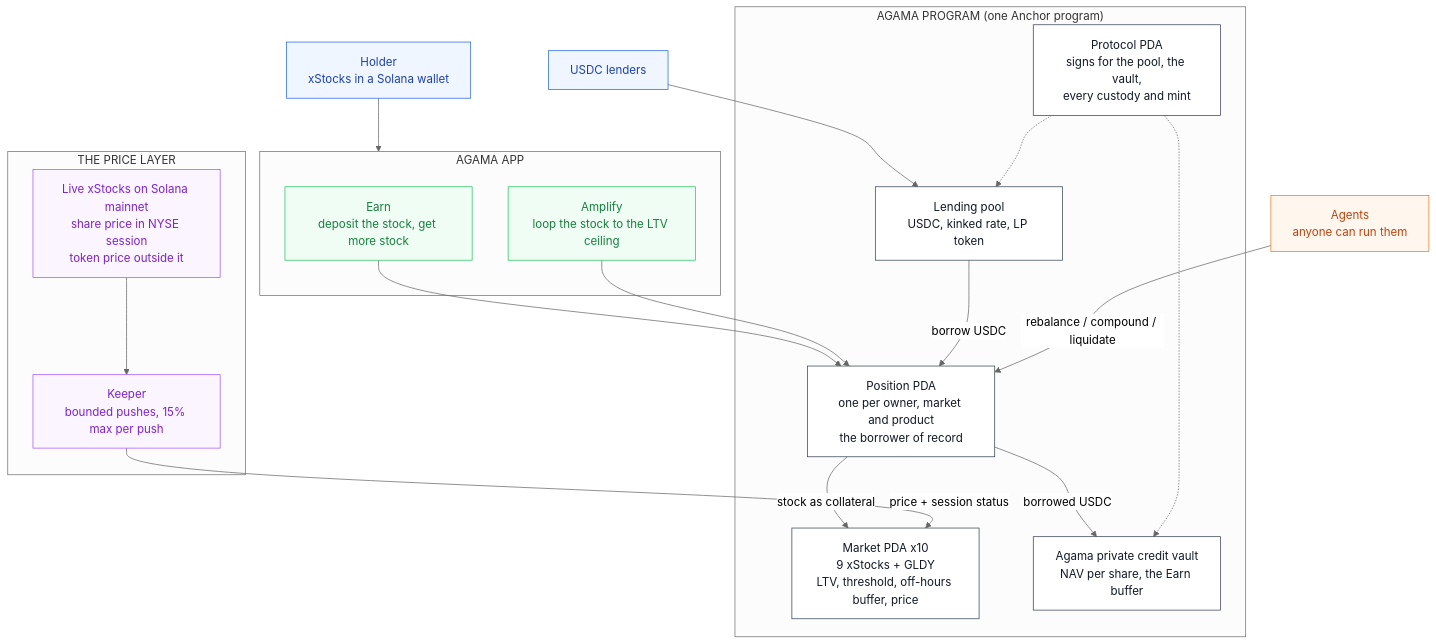
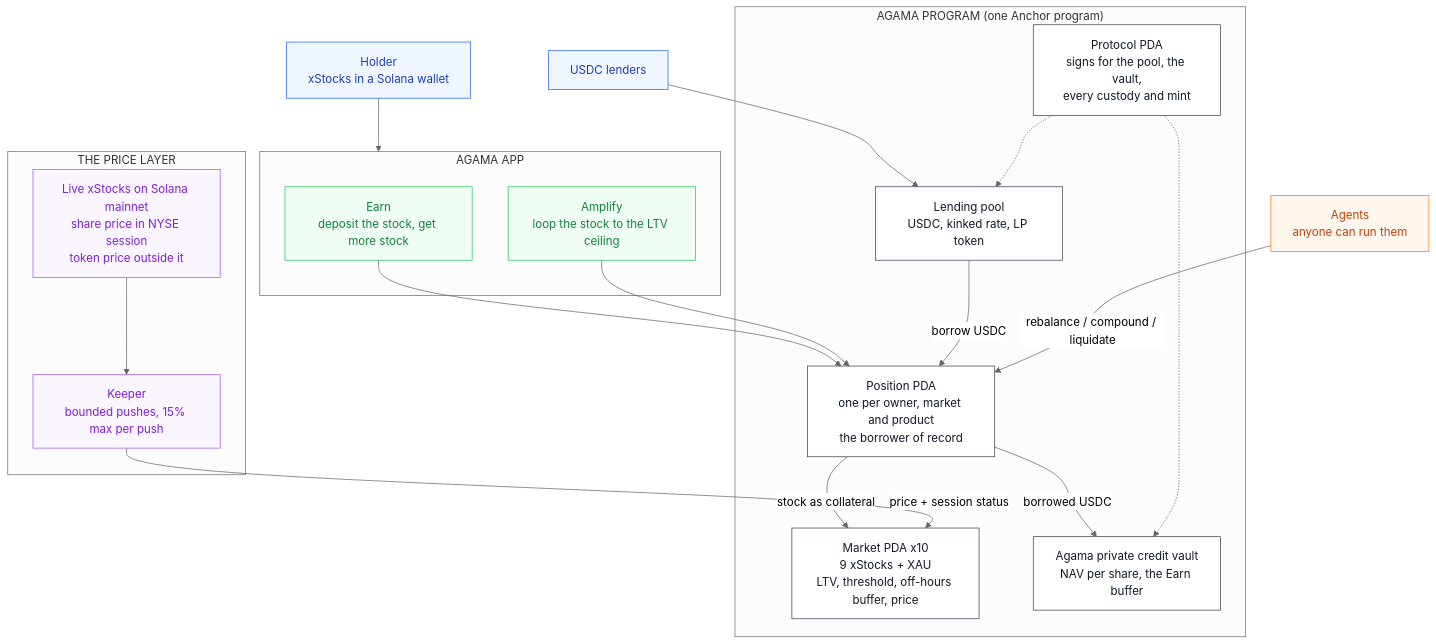
The diagram in README.md (agamafinance/agama-solana), drawn with Mermaid (neutral theme) before and after one commit. The commit also changed other lines of this file and 15 other files, not shown here.

First line of the commit message:
feat: gold market moves from GLDY to XAUt0

````diff
--- a/README.md
+++ b/README.md
@@ -18,49 +18,49 @@
 ```mermaid
 flowchart TB
     USER["Holder<br/>xStocks in a Solana wallet"]
 
     subgraph app["AGAMA APP"]
         EARN["Earn<br/>deposit the stock, get more stock"]
         AMP["Amplify<br/>loop the stock to the LTV ceiling"]
     end
 
     subgraph program["AGAMA PROGRAM (one Anchor program)"]
         POS["Position PDA<br/>one per owner, market and product<br/>the borrower of record"]
-        MKT["Market PDA x10<br/>9 xStocks + GLDY<br/>LTV, threshold, off-hours buffer, price"]
+        MKT["Market PDA x10<br/>9 xStocks + XAU<br/>LTV, threshold, off-hours buffer, price"]
         POOL["Lending pool<br/>USDC, kinked rate, LP token"]
         VAULT["Agama private credit vault<br/>NAV per share, the Earn buffer"]
         PROTO["Protocol PDA<br/>signs for the pool, the vault,<br/>every custody and mint"]
     end
 
     subgraph price["THE PRICE LAYER"]
         KEEPER["Keeper<br/>bounded pushes, 15% max per push"]
         JUP["Live xStocks on Solana mainnet<br/>share price in NYSE session<br/>token price outside it"]
     end
 
     AGENTS["Agents<br/>anyone can run them"]
     LENDERS["USDC lenders"]
 
     USER --> app
     EARN --> POS
     AMP --> POS
     LENDERS --> POOL
     POS -->|"stock as collateral"| MKT
     POOL -->|"borrow USDC"| POS
     POS -->|"borrowed USDC"| VAULT
     AGENTS -->|"rebalance / compound / liquidate"| POS
     JUP --> KEEPER -->|"price + session status"| MKT
     PROTO -.-> POOL
     PROTO -.-> VAULT
 
     classDef actor fill:#eff6ff,stroke:#2563eb,color:#1e40af
     classDef product fill:#f0fdf4,stroke:#22c55e,color:#15803d
     classDef core fill:#ffffff,stroke:#374151,color:#111827
     classDef oracle fill:#faf5ff,stroke:#a855f7,color:#7e22ce
     classDef bot fill:#fff7ed,stroke:#f97316,color:#c2410c
 
     class USER,LENDERS actor
     class EARN,AMP product
     class POS,MKT,POOL,VAULT,PROTO core
     class KEEPER,JUP oracle
     class AGENTS bot
 ```
````
